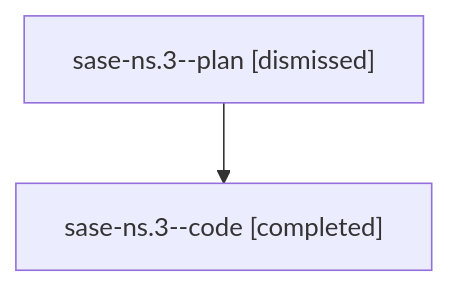
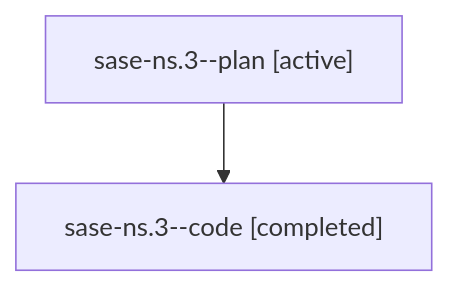
One commit to sase-org/sase--agents changed the diagram in families/bbugyi200.athena.sase-ns.3.md. Above: the diagram before and after it, drawn with Mermaid. The commit also changed other lines of this file and 35830 other files, not shown here.

````diff
--- a/families/bbugyi200.athena.sase-ns.3.md
+++ b/families/bbugyi200.athena.sase-ns.3.md
@@ -9,6 +9,6 @@
 ```mermaid
 flowchart TD
-  n0["sase-ns.3--plan [dismissed]"]
+  n0["sase-ns.3--plan [active]"]
   n1["sase-ns.3--code [completed]"]
   n0 --> n1
 ```
````
